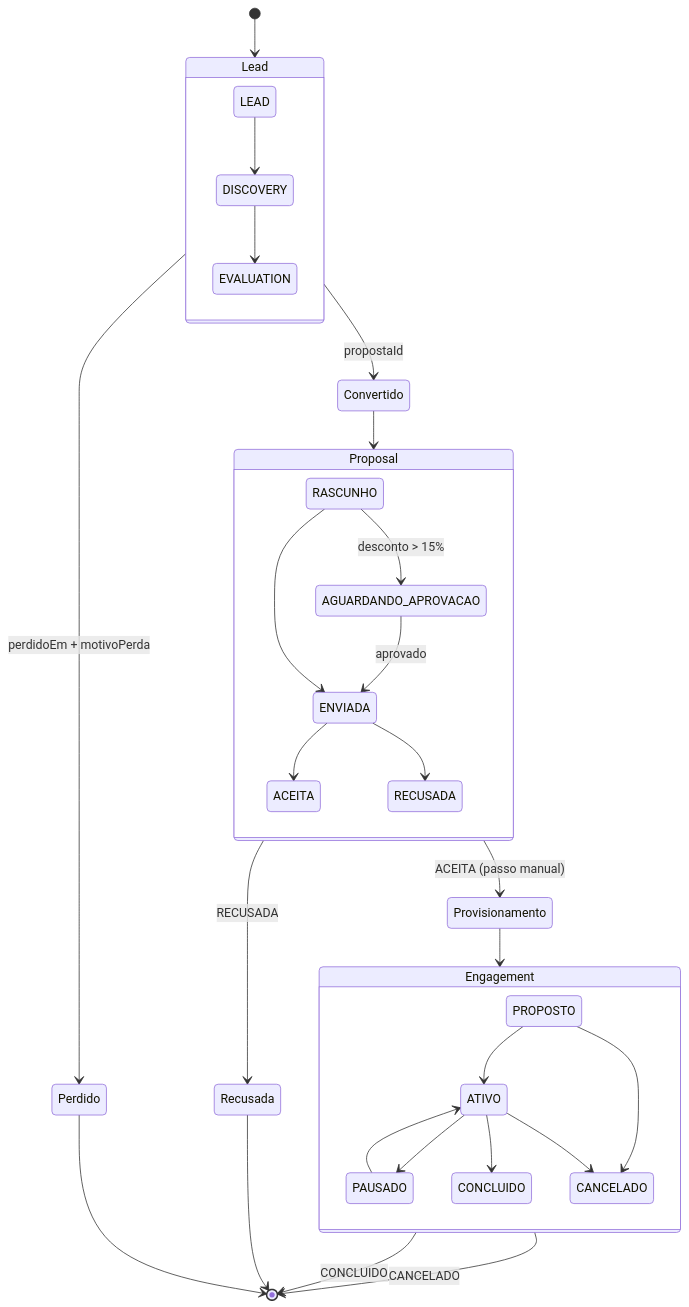
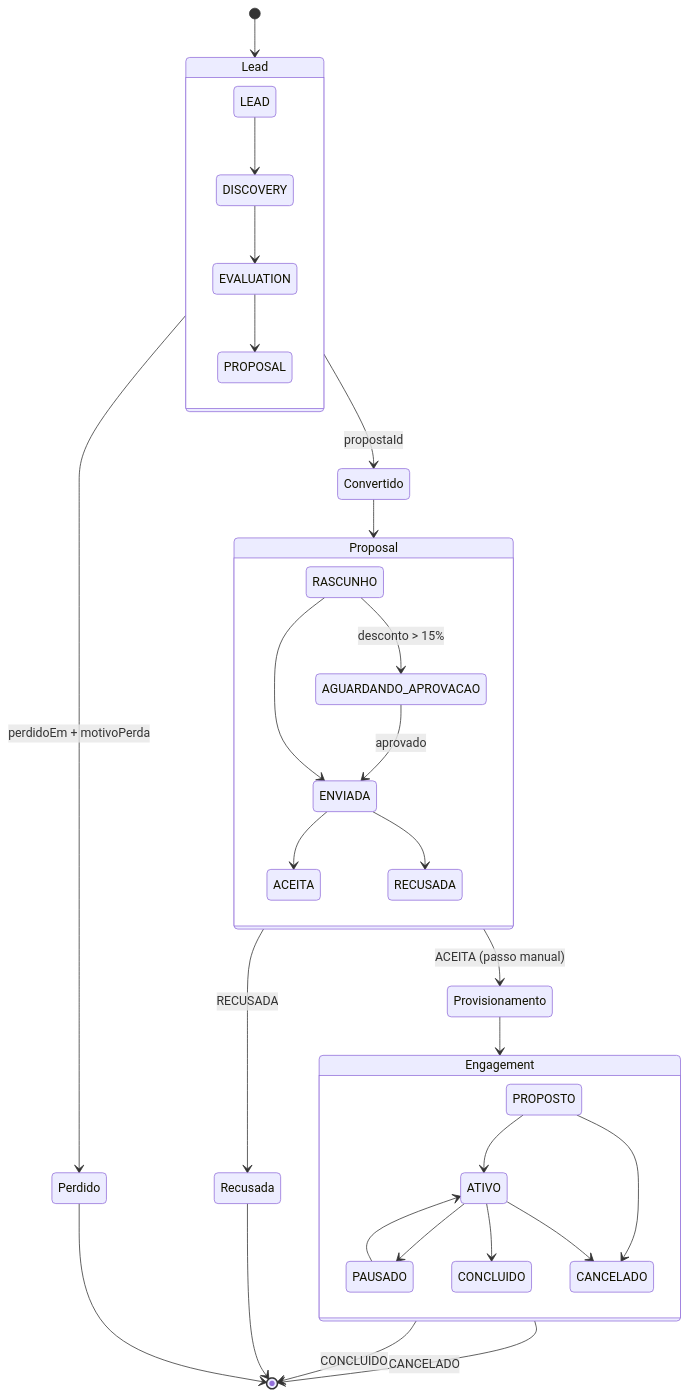
One commit to PAVincius/cosmos-nebuloz changed the diagram in docs/comercial/mapa-de-processo.md. Above: the diagram before and after it, drawn with Mermaid. The commit also changed other lines of this file and 2 other files, not shown here.

````diff
--- a/docs/comercial/mapa-de-processo.md
+++ b/docs/comercial/mapa-de-processo.md
@@ -142,41 +143,42 @@
 ```mermaid
 stateDiagram-v2
     [*] --> Lead
 
     state Lead {
         LEAD --> DISCOVERY
         DISCOVERY --> EVALUATION
+        EVALUATION --> PROPOSAL
     }
 
     Lead --> Convertido: propostaId
     Lead --> Perdido: perdidoEm + motivoPerda
     Perdido --> [*]
 
     Convertido --> Proposal
 
     state Proposal {
         RASCUNHO --> AGUARDANDO_APROVACAO: desconto > 15%
         RASCUNHO --> ENVIADA
         AGUARDANDO_APROVACAO --> ENVIADA: aprovado
         ENVIADA --> ACEITA
         ENVIADA --> RECUSADA
     }
 
     Proposal --> Recusada: RECUSADA
     Recusada --> [*]
 
     Proposal --> Provisionamento: ACEITA (passo manual)
     Provisionamento --> Engagement
 
     state Engagement {
         PROPOSTO --> ATIVO
         ATIVO --> PAUSADO
         PAUSADO --> ATIVO
         ATIVO --> CONCLUIDO
         PROPOSTO --> CANCELADO
         ATIVO --> CANCELADO
     }
 
     Engagement --> [*]: CONCLUIDO
     Engagement --> [*]: CANCELADO
 ```
````
